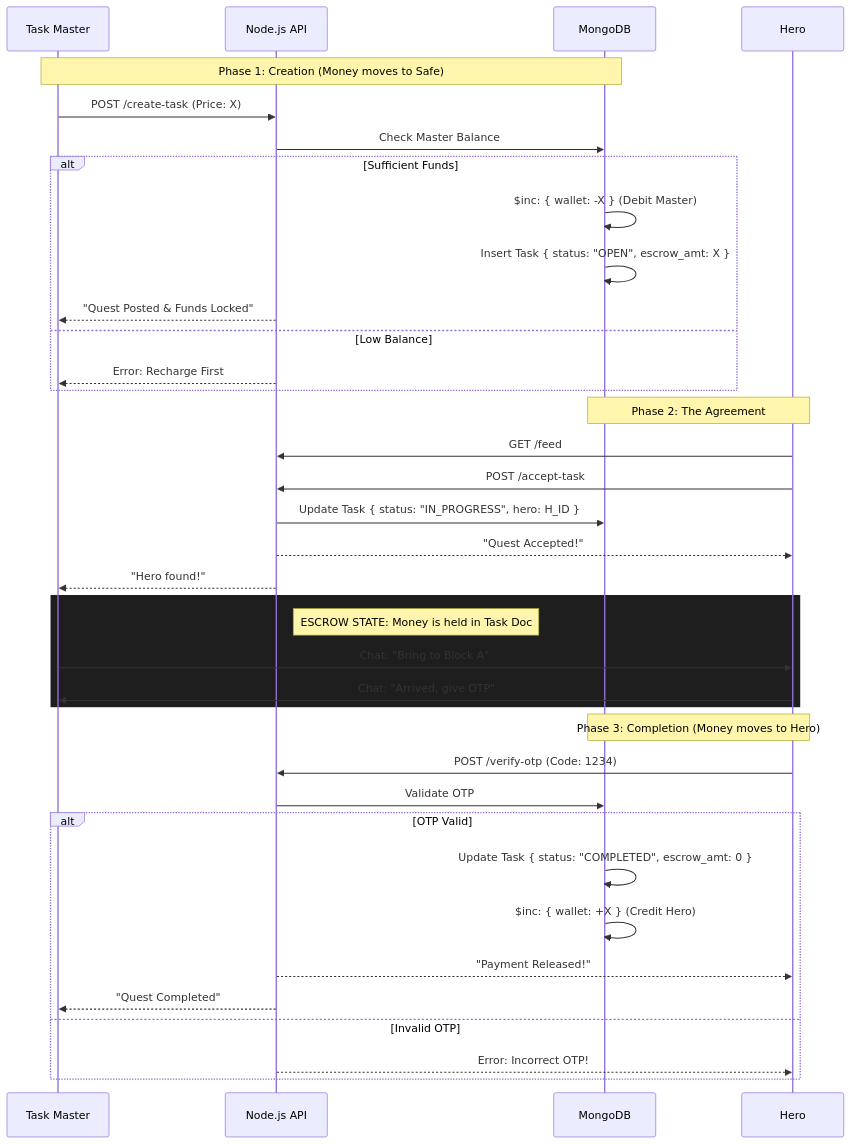
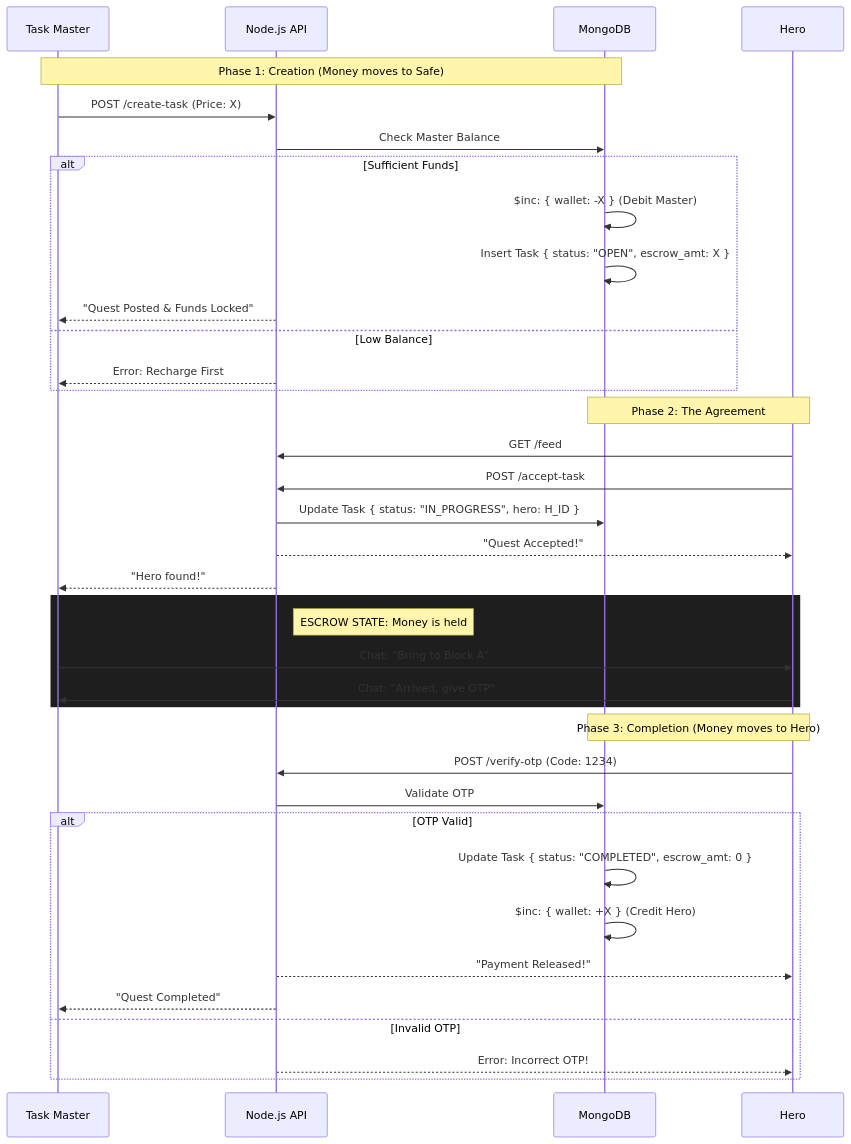
One commit to arupdhara/arup-demo changed the third of 6 diagrams in TECHNICAL_ARCHITECTURE.md. Above: the diagram before and after it, drawn with Mermaid.

````diff
--- a/TECHNICAL_ARCHITECTURE.md
+++ b/TECHNICAL_ARCHITECTURE.md
@@ -47,45 +47,45 @@
 ```mermaid
 sequenceDiagram
     participant TM as Task Master
     participant API as Node.js API
     participant DB as MongoDB
     participant H as Hero
 
     Note over TM, DB: Phase 1: Creation (Money moves to Safe)
     TM->>API: POST /create-task (Price: X)
     API->>DB: Check Master Balance
     
     alt Sufficient Funds
         DB->>DB: $inc: { wallet: -X } (Debit Master)
         DB->>DB: Insert Task { status: "OPEN", escrow_amt: X }
         API-->>TM: "Quest Posted & Funds Locked"
     else Low Balance
         API-->>TM: Error: Recharge First
     end
 
     Note over H, DB: Phase 2: The Agreement
     H->>API: GET /feed
     H->>API: POST /accept-task
     API->>DB: Update Task { status: "IN_PROGRESS", hero: H_ID }
     API-->>H: "Quest Accepted!"
     API-->>TM: "Hero found!"
 
     rect rgb(30, 30, 30)
-        Note right of API: ESCROW STATE: Money is held in Task Doc
+        Note right of API: ESCROW STATE: Money is held
         TM->>H: Chat: "Bring to Block A"
         H->>TM: Chat: "Arrived, give OTP"
     end
 
     Note over H, DB: Phase 3: Completion (Money moves to Hero)
     H->>API: POST /verify-otp (Code: 1234)
     API->>DB: Validate OTP
     
     alt OTP Valid
         DB->>DB: Update Task { status: "COMPLETED", escrow_amt: 0 }
         DB->>DB: $inc: { wallet: +X } (Credit Hero)
         API-->>H: "Payment Released!"
         API-->>TM: "Quest Completed"
     else Invalid OTP
         API-->>H: Error: Incorrect OTP!
     end
 ```
````
